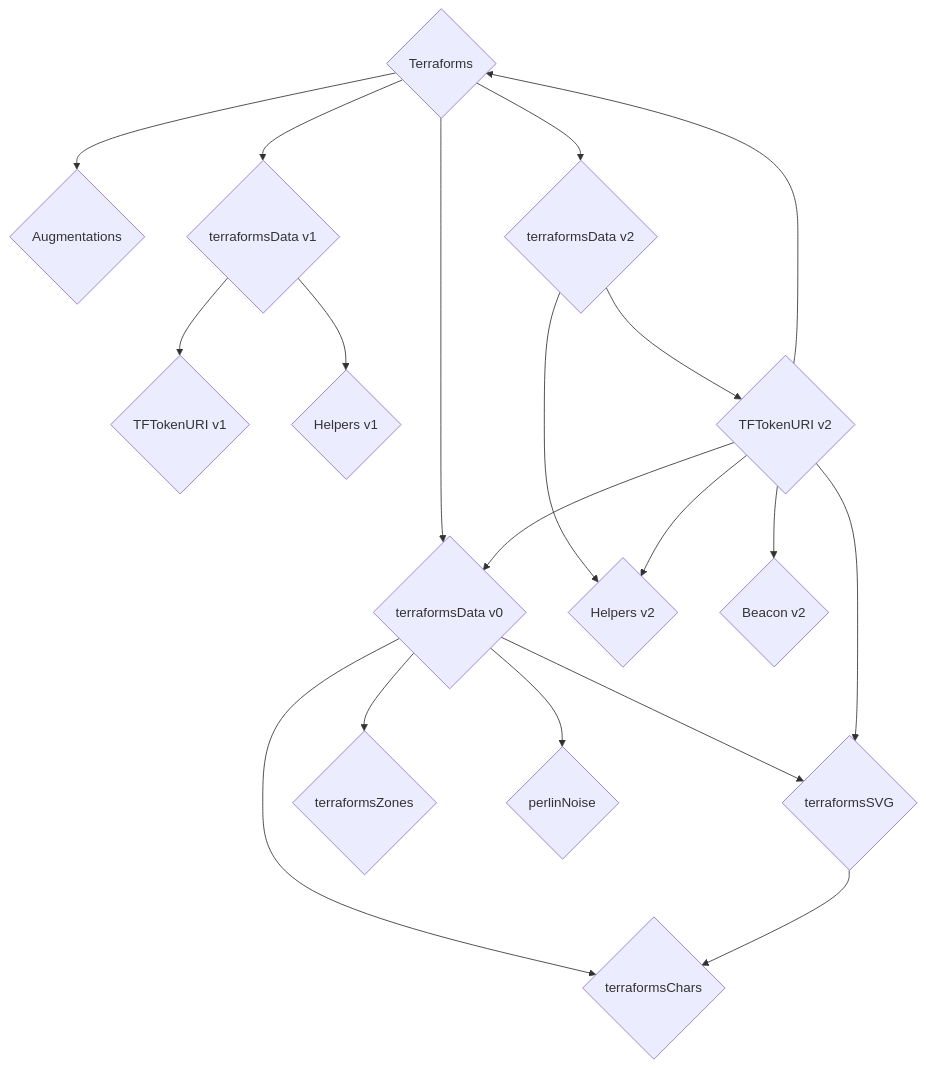
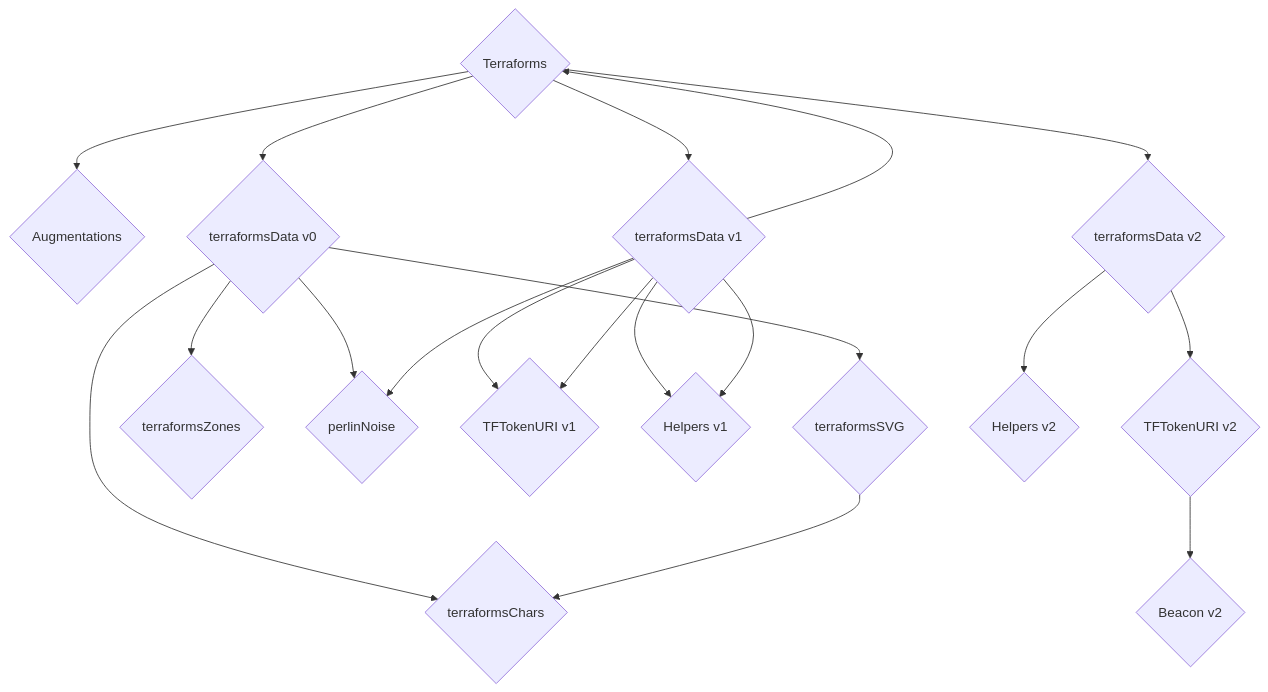
Before and after one commit to thebadcc/terraform-docs: the first of 2 diagrams in contracts/Terraforms.md, drawn with Mermaid.

````diff
--- a/contracts/Terraforms.md
+++ b/contracts/Terraforms.md
@@ -22,21 +22,21 @@
 ```mermaid
 graph TD
     A{Terraforms} --> B{Augmentations}
     A --> C{terraformsData v0}
     A --> D{terraformsData v1}
     A --> E{terraformsData v2}
     C --> F{terraformsSVG}
     C --> G{terraformsChars}
     C --> H{terraformsZones}
     C --> I{perlinNoise}
     D --> J{TFTokenURI v1}
     D --> K{Helpers v1}
     E --> L{TFTokenURI v2}
     E --> M{Helpers v2}
     F --> G
     L --> N{Beacon v2}
-    L --> C
-    L --> F
-    L --> A
-    L --> M
+    D --> A
+    D --> K
+    D --> J
+    D --> I
 ```
````
